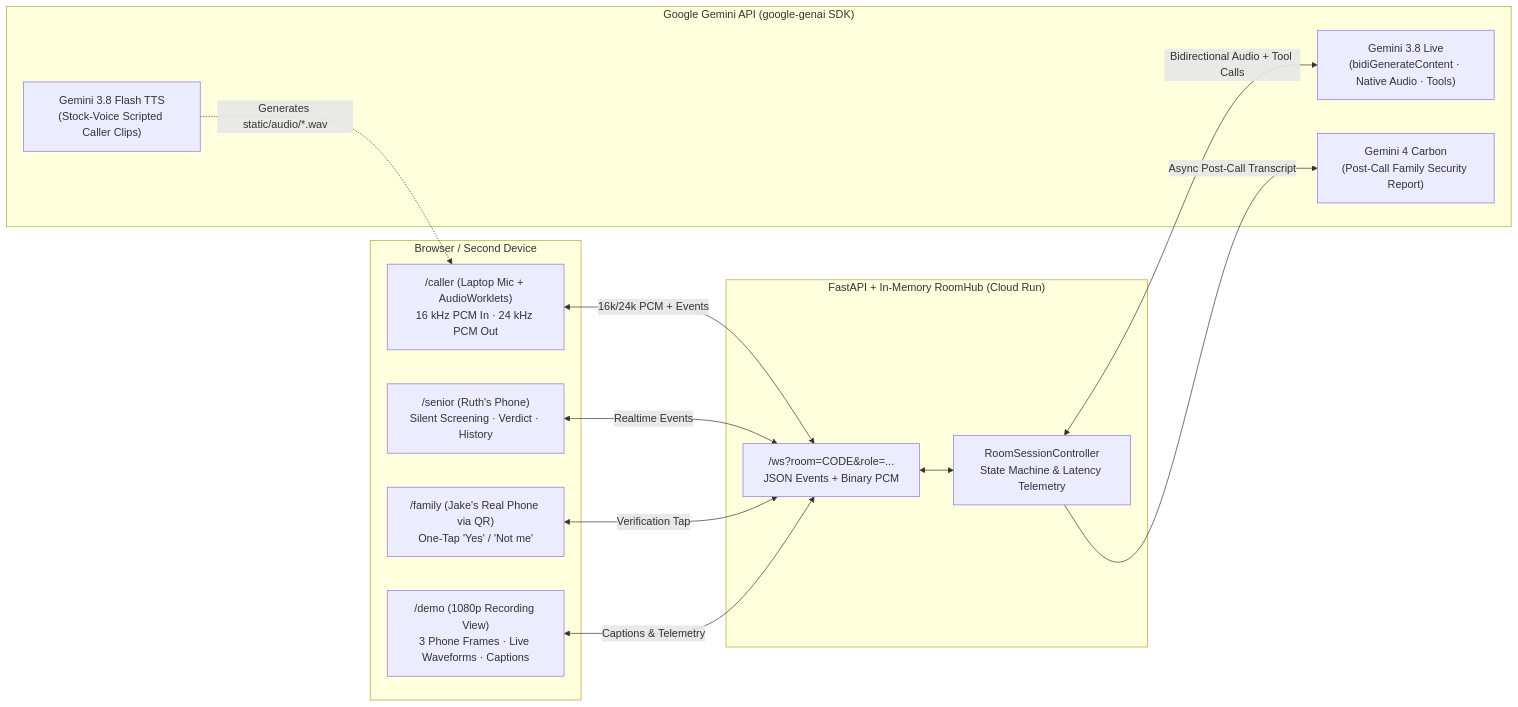
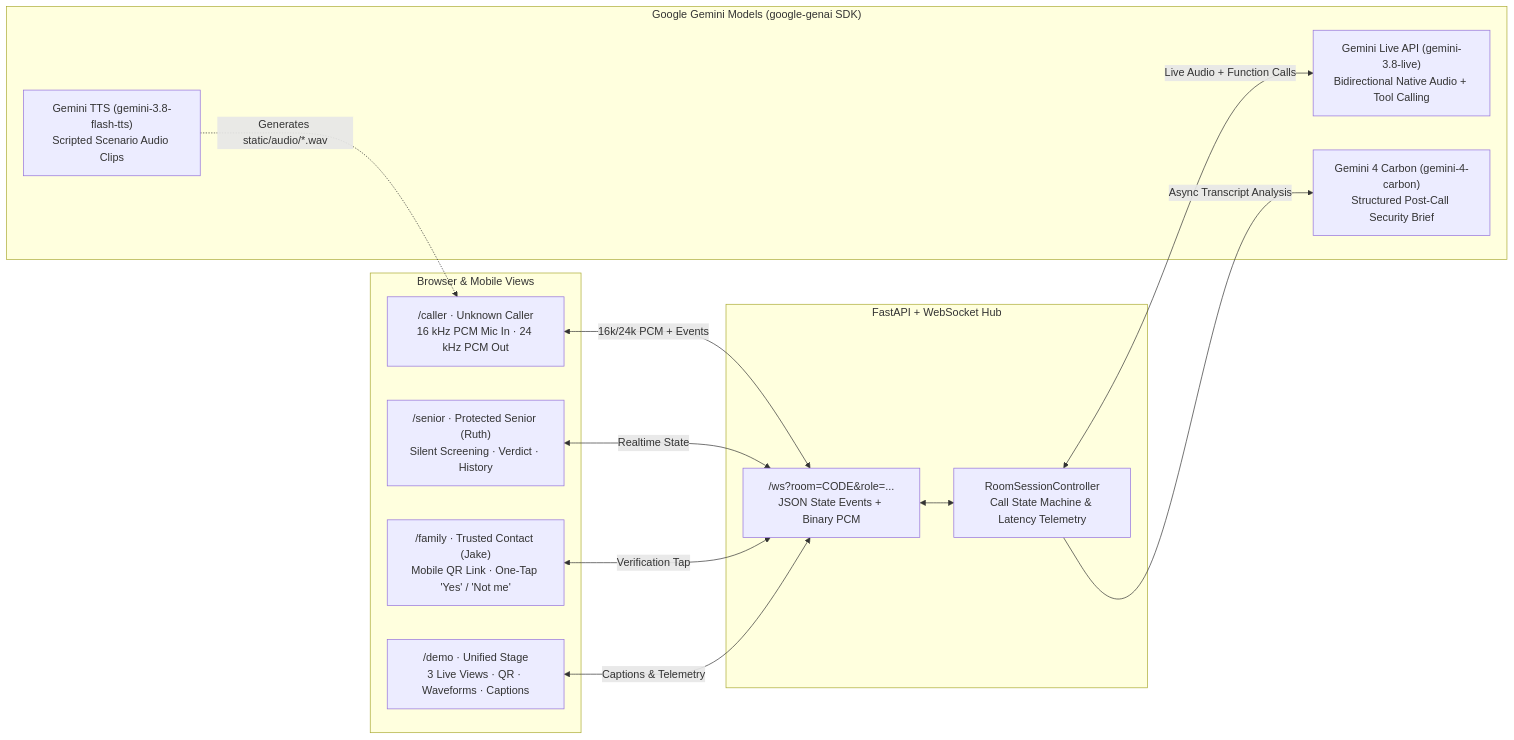
Before and after one commit to CainPatel/vouch: the diagram in README.md, drawn with Mermaid. The commit also changed other lines of this file and 66 other files, not shown here.

````diff
--- a/README.md
+++ b/README.md
@@ -37,29 +22,29 @@
 ```mermaid
 flowchart LR
-    subgraph Browser["Browser / Second Device"]
-        Caller["/caller (Laptop Mic + AudioWorklets)<br/>16 kHz PCM In · 24 kHz PCM Out"]
-        Senior["/senior (Ruth's Phone)<br/>Silent Screening · Verdict · History"]
-        Family["/family (Jake's Real Phone via QR)<br/>One-Tap 'Yes' / 'Not me'"]
-        Demo["/demo (1080p Recording View)<br/>3 Phone Frames · Live Waveforms · Captions"]
+    subgraph Clients["Browser & Mobile Views"]
+        Caller["/caller · Unknown Caller<br/>16 kHz PCM Mic In · 24 kHz PCM Out"]
+        Senior["/senior · Protected Senior (Ruth)<br/>Silent Screening · Verdict · History"]
+        Family["/family · Trusted Contact (Jake)<br/>Mobile QR Link · One-Tap 'Yes' / 'Not me'"]
+        Demo["/demo · Unified Stage<br/>3 Live Views · QR · Waveforms · Captions"]
     end
 
-    subgraph Server["FastAPI + In-Memory RoomHub (Cloud Run)"]
-        WS["/ws?room=CODE&role=...<br/>JSON Events + Binary PCM"]
-        Ctrl["RoomSessionController<br/>State Machine & Latency Telemetry"]
+    subgraph Server["FastAPI + WebSocket Hub"]
+        WS["/ws?room=CODE&role=...<br/>JSON State Events + Binary PCM"]
+        Ctrl["RoomSessionController<br/>Call State Machine & Latency Telemetry"]
     end
 
-    subgraph Gemini["Google Gemini API (google-genai SDK)"]
-        Live["Gemini 3.8 Live<br/>(bidiGenerateContent · Native Audio · Tools)"]
-        Carbon["Gemini 4 Carbon<br/>(Post-Call Family Security Report)"]
-        TTS["Gemini 3.8 Flash TTS<br/>(Stock-Voice Scripted Caller Clips)"]
+    subgraph Gemini["Google Gemini Models (google-genai SDK)"]
+        Live["Gemini Live API (gemini-3.8-live)<br/>Bidirectional Native Audio + Tool Calling"]
+        Carbon["Gemini 4 Carbon (gemini-4-carbon)<br/>Structured Post-Call Security Brief"]
+        TTS["Gemini TTS (gemini-3.8-flash-tts)<br/>Scripted Scenario Audio Clips"]
     end
 
     Caller <-->|"16k/24k PCM + Events"| WS
-    Senior <-->|"Realtime Events"| WS
+    Senior <-->|"Realtime State"| WS
     Family <-->|"Verification Tap"| WS
     Demo <-->|"Captions & Telemetry"| WS
     WS <--> Ctrl
-    Ctrl <-->|"Bidirectional Audio + Tool Calls"| Live
-    Ctrl -->|"Async Post-Call Transcript"| Carbon
+    Ctrl <-->|"Live Audio + Function Calls"| Live
+    Ctrl -->|"Async Transcript Analysis"| Carbon
     TTS -.->|"Generates static/audio/*.wav"| Caller
 ```
````
